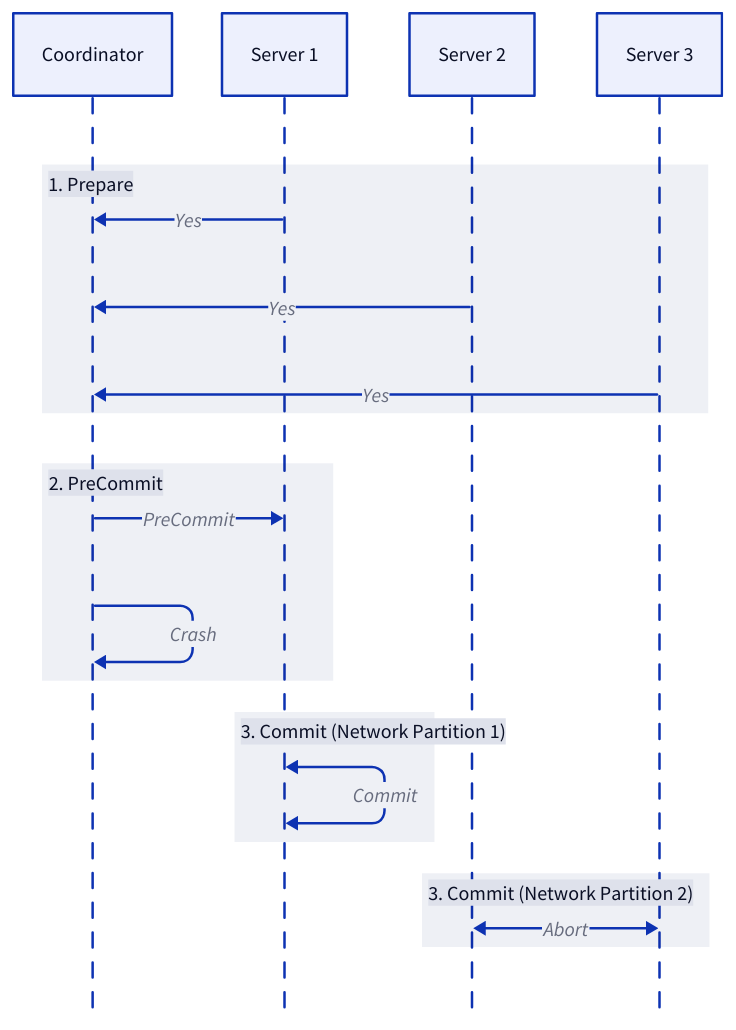
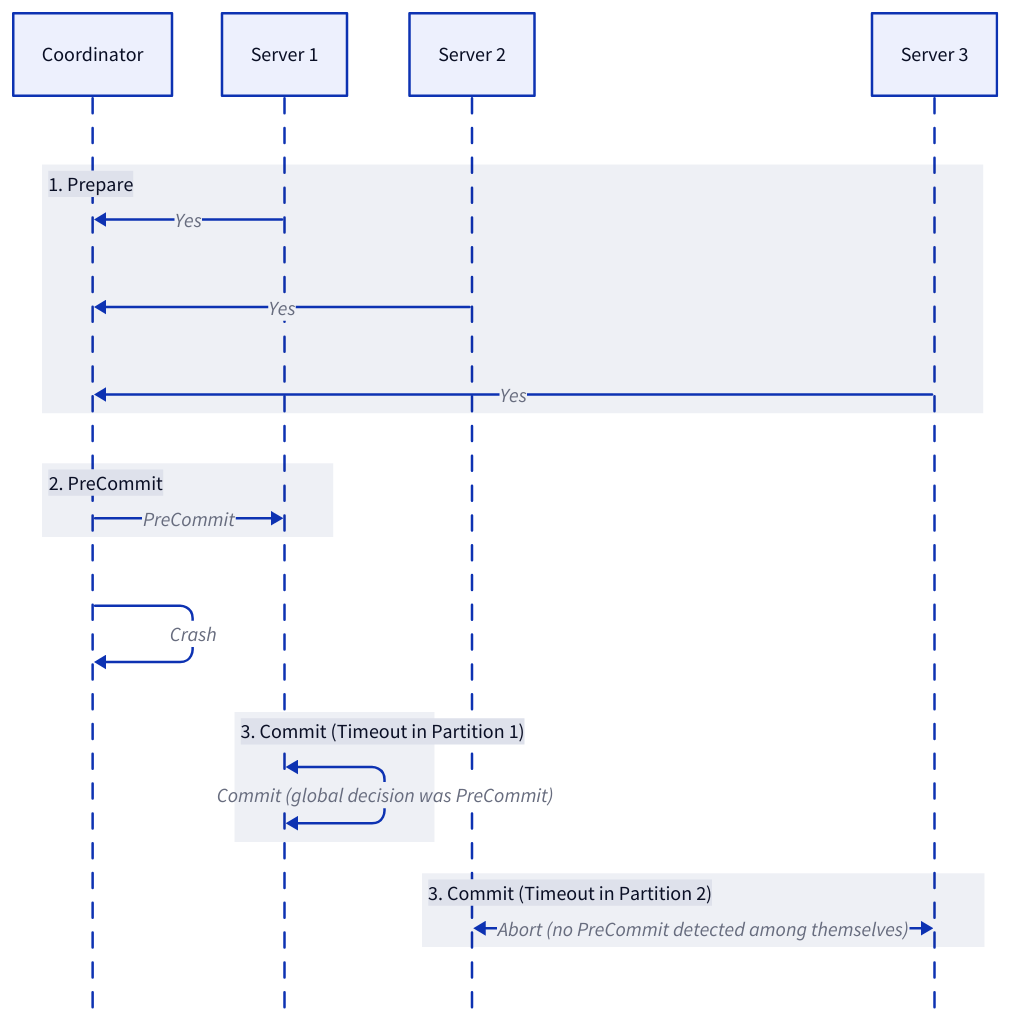
Before and after one commit to link1905/system-design-101: diagram 13 of 15 in content/docs/design-patterns/distributed-transaction/blocking-protocols.md, drawn with D2. The commit also changed other lines of this file and 11 other files, not shown here.

````diff
--- a/content/docs/design-patterns/distributed-transaction/blocking-protocols.md
+++ b/content/docs/design-patterns/distributed-transaction/blocking-protocols.md
@@ -404,32 +497,32 @@
 ```d2
 shape: sequence_diagram
 c: Coordinator {
     class: router
 }
 s1: Server 1 {
     class: server
 }
 s2: Server 2 {
     class: server
 }
 s3: Server 3 {
     class: server
 }
 "1. Prepare" {
     s1 -> c: "Yes"
     s2 -> c: "Yes"
     s3 -> c: "Yes"
 }
 "2. PreCommit" {
     c -> s1: "PreCommit"
-    c -> c: Crash {
-        class: error-conn
-    }
 }
-"3. Commit (Network Partition 1)" {
-    s1 <-> s1: 'Commit' 
+c -> c: Crash {
+    class: error-conn
 }
-"3. Commit (Network Partition 2)" {
-    s2 <-> s3: 'Abort'
+"3. Commit (Timeout in Partition 1)" {
+    s1 <-> s1: 'Commit (global decision was PreCommit)'
+}
+"3. Commit (Timeout in Partition 2)" {
+    s2 <-> s3: 'Abort (no PreCommit detected among themselves)'
 }
 ```
````
